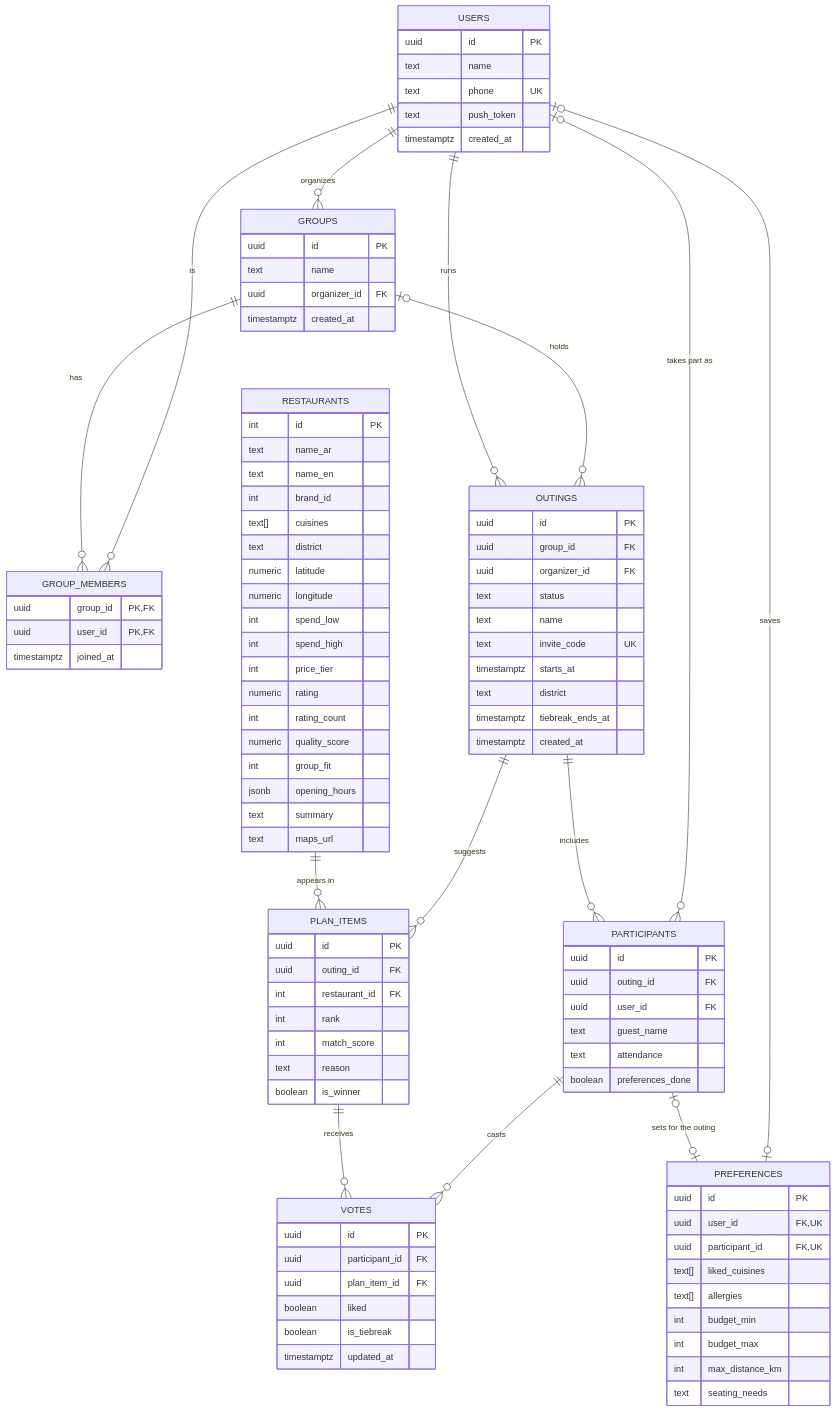
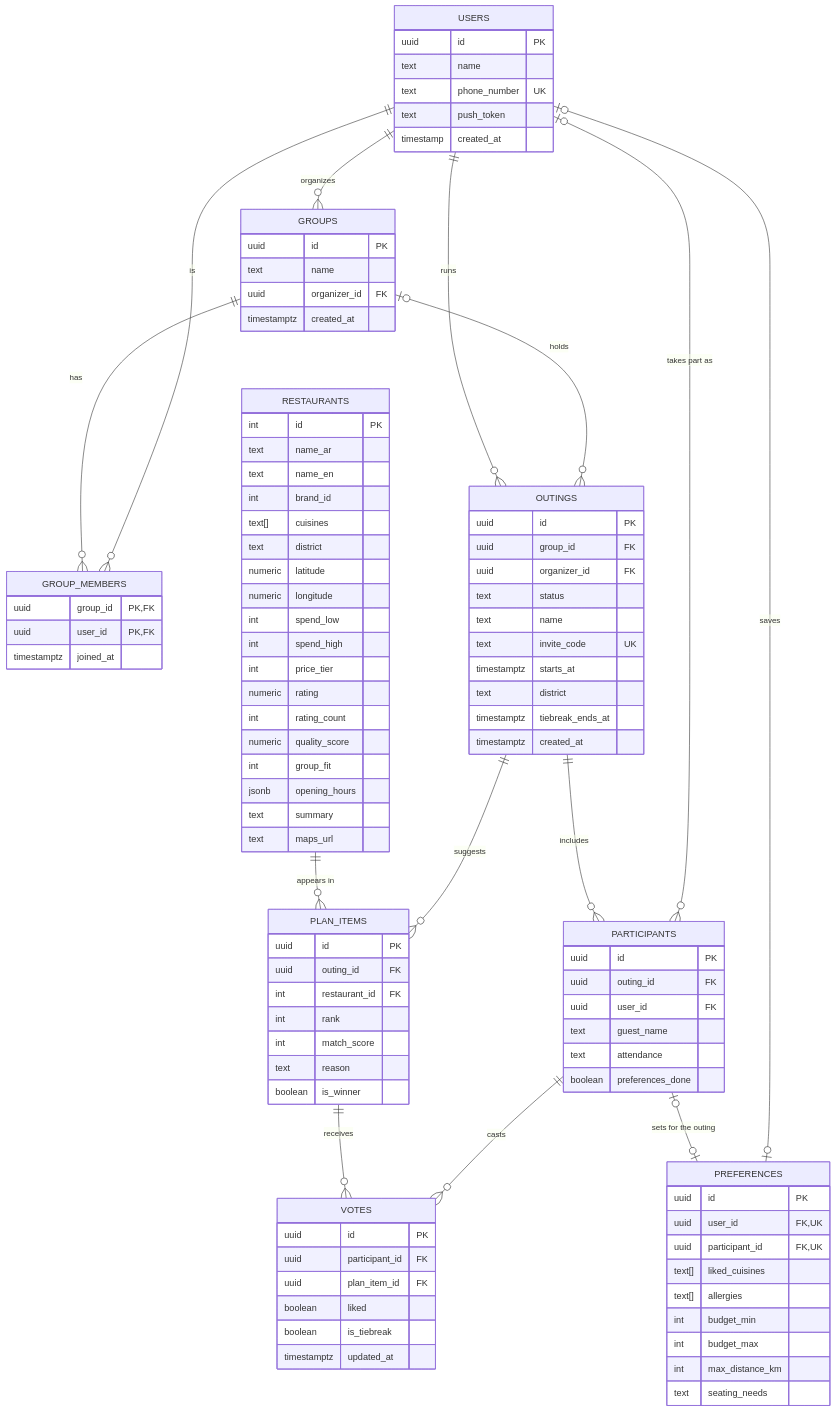
The second of 11 diagrams in Docs/TechnicalDoc.md (shathaaa1110-arch/Portfolio-Project), drawn with Mermaid before and after one commit. The commit also changed other lines of this file and 5 other files, not shown here.

First line of the commit message:
feat: add user table schema and integration tests

```diff
--- a/Docs/TechnicalDoc.md
+++ b/Docs/TechnicalDoc.md
@@ -352,9 +352,9 @@
     USERS {
         uuid id PK
         text name
-        text phone UK
+        text phone_number UK
         text push_token
-        timestamptz created_at
+        timestamp created_at
     }
     GROUPS {
         uuid id PK
```
